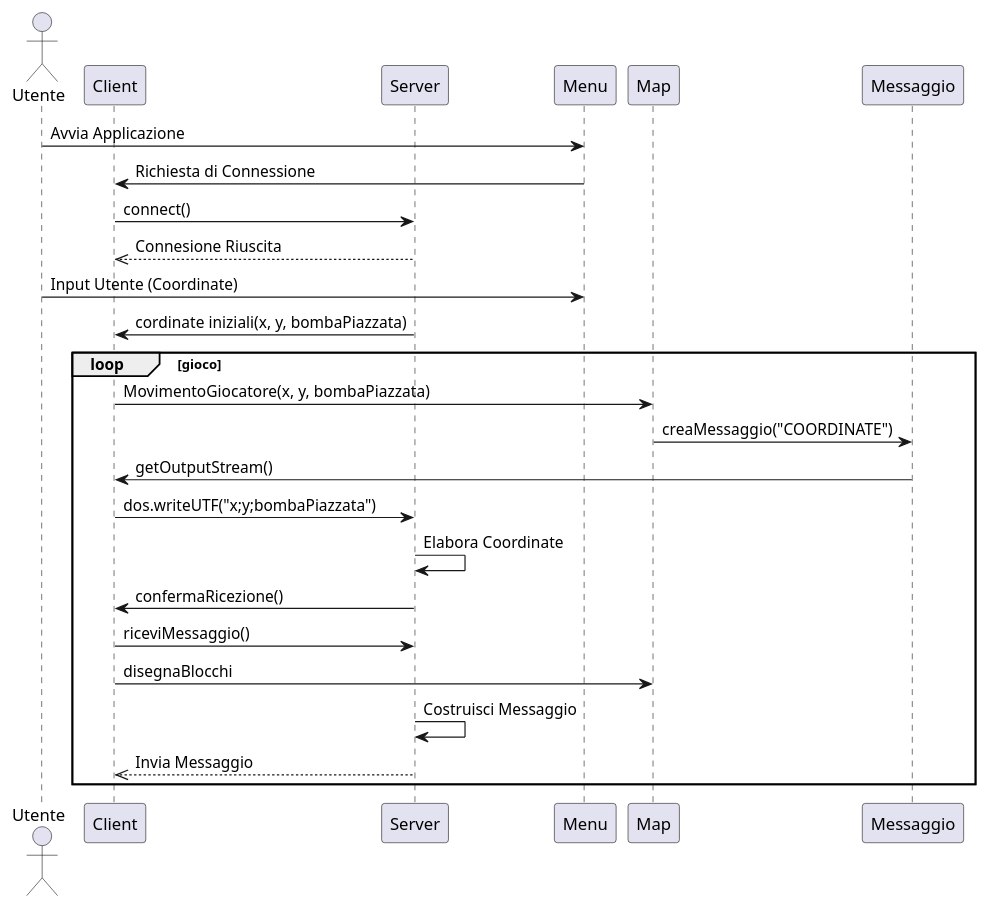
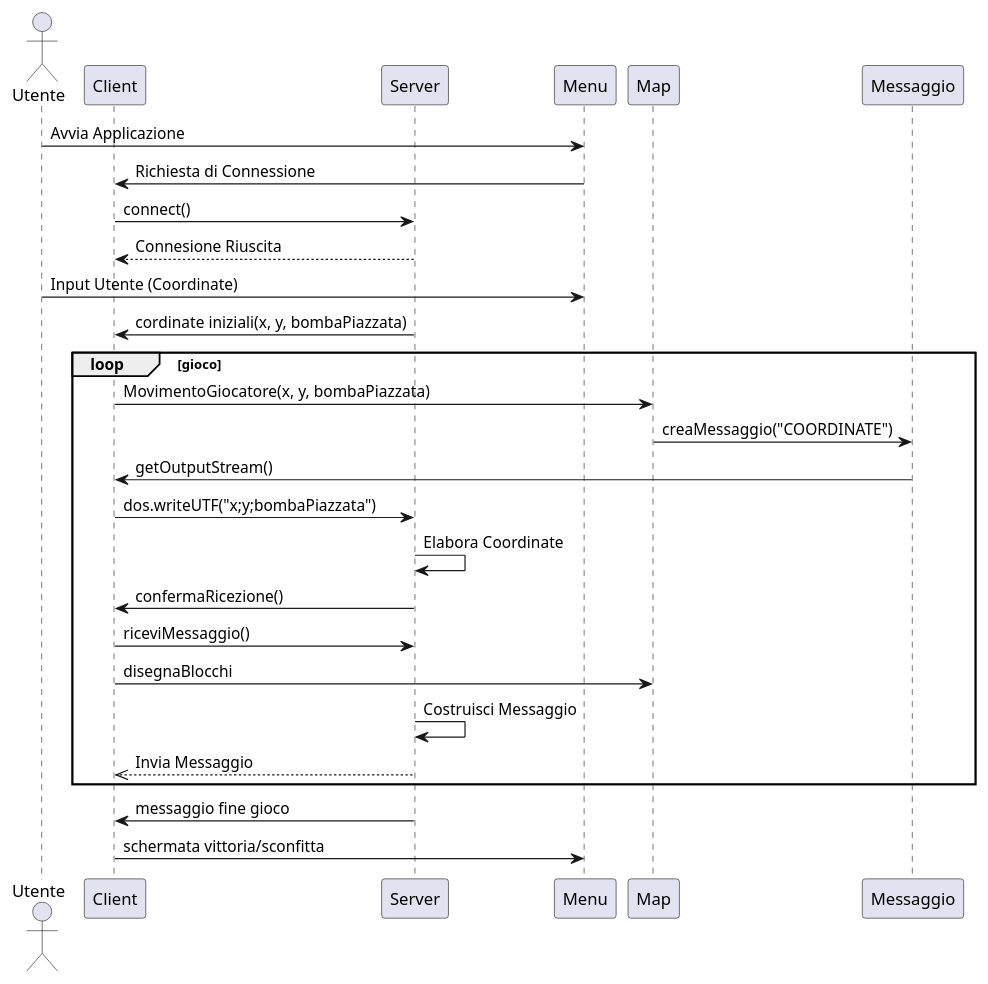
Before and after one commit to andredisa/Bomberman: the diagram in documentazione/sequenceDiagram.puml, drawn with PlantUML.

Commit message:
modifica al sequence diagram

```diff
--- a/documentazione/sequenceDiagram.puml
+++ b/documentazione/sequenceDiagram.puml
@@ -1,28 +1,30 @@
 @startuml
 actor Utente as User
 participant Client
 participant Server
 participant Menu
 participant Map
 participant Messaggio
 
 User -> Menu: Avvia Applicazione
 Menu -> Client: Richiesta di Connessione
 Client -> Server: connect()
-Server -->> Client: Connesione Riuscita
+Server --> Client: Connesione Riuscita
 User -> Menu: Input Utente (Coordinate)
 Server -> Client: cordinate iniziali(x, y, bombaPiazzata)
 loop gioco
     Client -> Map: MovimentoGiocatore(x, y, bombaPiazzata)
     Map -> Messaggio: creaMessaggio("COORDINATE")
     Messaggio -> Client: getOutputStream()
     Client -> Server: dos.writeUTF("x;y;bombaPiazzata")
     Server -> Server: Elabora Coordinate
     Server -> Client: confermaRicezione()
     Client -> Server: riceviMessaggio()
     Client -> Map: disegnaBlocchi
     Server -> Server: Costruisci Messaggio
     Server -->> Client: Invia Messaggio
 end loop
+Server -> Client: messaggio fine gioco
+Client -> Menu: schermata vittoria/sconfitta
 
 @enduml
```
